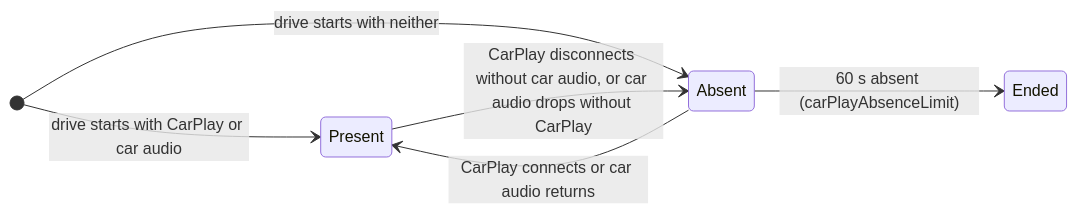
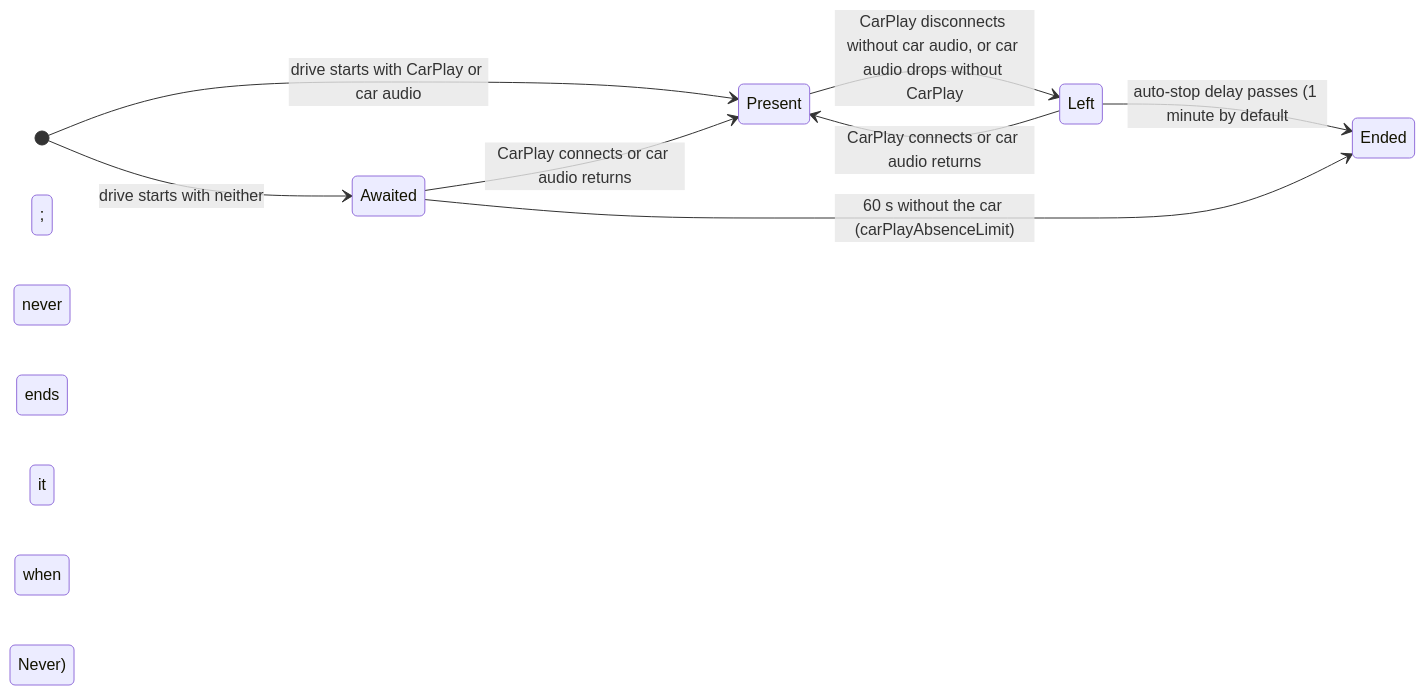
Before and after one commit to lunchbox-labs/Compasslet: the fourth of 9 diagrams in wiki/Developer-State-Machines.md, drawn with Mermaid. The commit also changed other lines of this file and 18 other files, not shown here.

First line of the commit message:
Add refresh rate and auto-stop settings for the Live Activity

````diff
--- a/wiki/Developer-State-Machines.md
+++ b/wiki/Developer-State-Machines.md
@@ -195,9 +199,11 @@
 ```mermaid
 stateDiagram-v2
     direction LR
     [*] --> Present: drive starts with CarPlay or car audio
-    [*] --> Absent: drive starts with neither
-    Present --> Absent: CarPlay disconnects without car audio, or car audio drops without CarPlay
-    Absent --> Present: CarPlay connects or car audio returns
-    Absent --> Ended: 60 s absent (carPlayAbsenceLimit)
+    [*] --> Awaited: drive starts with neither
+    Awaited --> Present: CarPlay connects or car audio returns
+    Awaited --> Ended: 60 s without the car (carPlayAbsenceLimit)
+    Present --> Left: CarPlay disconnects without car audio, or car audio drops without CarPlay
+    Left --> Present: CarPlay connects or car audio returns
+    Left --> Ended: auto-stop delay passes (1 minute by default; never ends it when Never)
 ```
````
